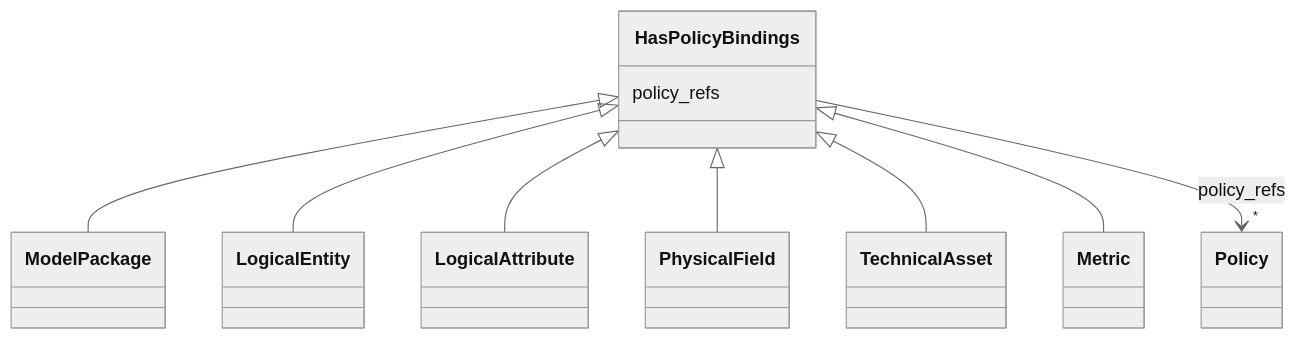
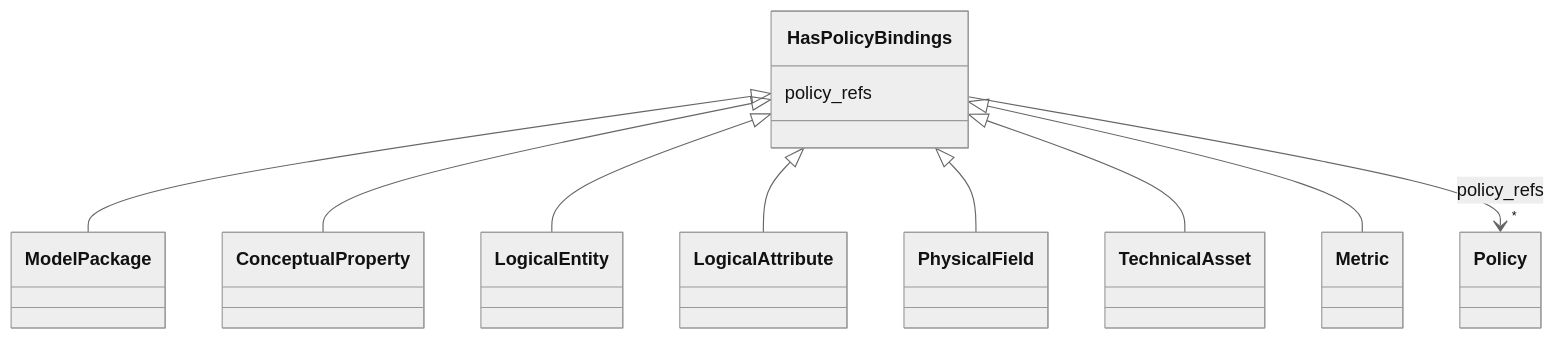
One commit to oista/moex-data-model changed the diagram in generated/artifacts/moex-dams/0.1/diagrams/HasPolicyBindings.md. Above: the diagram before and after it, drawn with Mermaid (neutral theme). The commit also changed 58 other files, not shown here.

First line of the commit message:
feat: introduce ConceptualProperty and ConceptualDomain with enhanced data model

````diff
--- a/generated/artifacts/moex-dams/0.1/diagrams/HasPolicyBindings.md
+++ b/generated/artifacts/moex-dams/0.1/diagrams/HasPolicyBindings.md
@@ -4,30 +4,32 @@
 ```mermaid
  classDiagram
     class HasPolicyBindings
     click HasPolicyBindings href "../HasPolicyBindings"
       HasPolicyBindings <|-- ModelPackage
         click ModelPackage href "../ModelPackage"
+      HasPolicyBindings <|-- ConceptualProperty
+        click ConceptualProperty href "../ConceptualProperty"
       HasPolicyBindings <|-- LogicalEntity
         click LogicalEntity href "../LogicalEntity"
       HasPolicyBindings <|-- LogicalAttribute
         click LogicalAttribute href "../LogicalAttribute"
       HasPolicyBindings <|-- PhysicalField
         click PhysicalField href "../PhysicalField"
       HasPolicyBindings <|-- TechnicalAsset
         click TechnicalAsset href "../TechnicalAsset"
       HasPolicyBindings <|-- Metric
         click Metric href "../Metric"
       
       HasPolicyBindings : policy_refs
         
           
     
         
         
         HasPolicyBindings --> "*" Policy : policy_refs
         click Policy href "../Policy"
     
 
         
       
 ```
````
